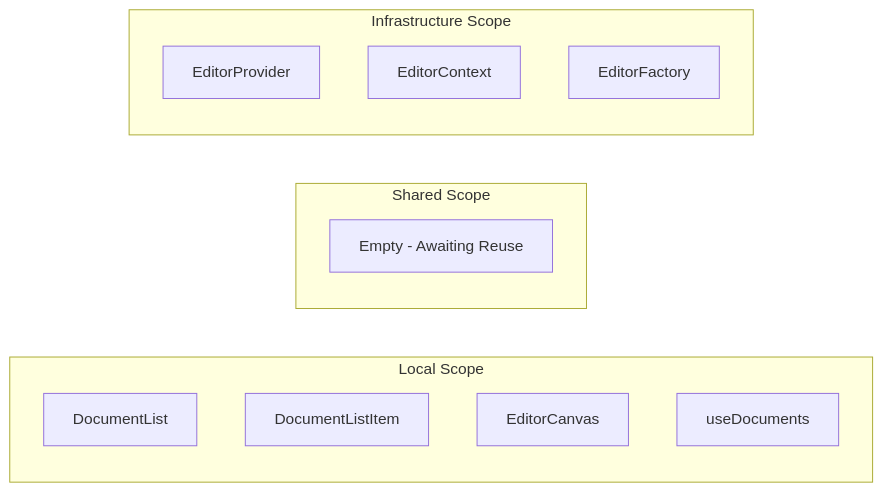
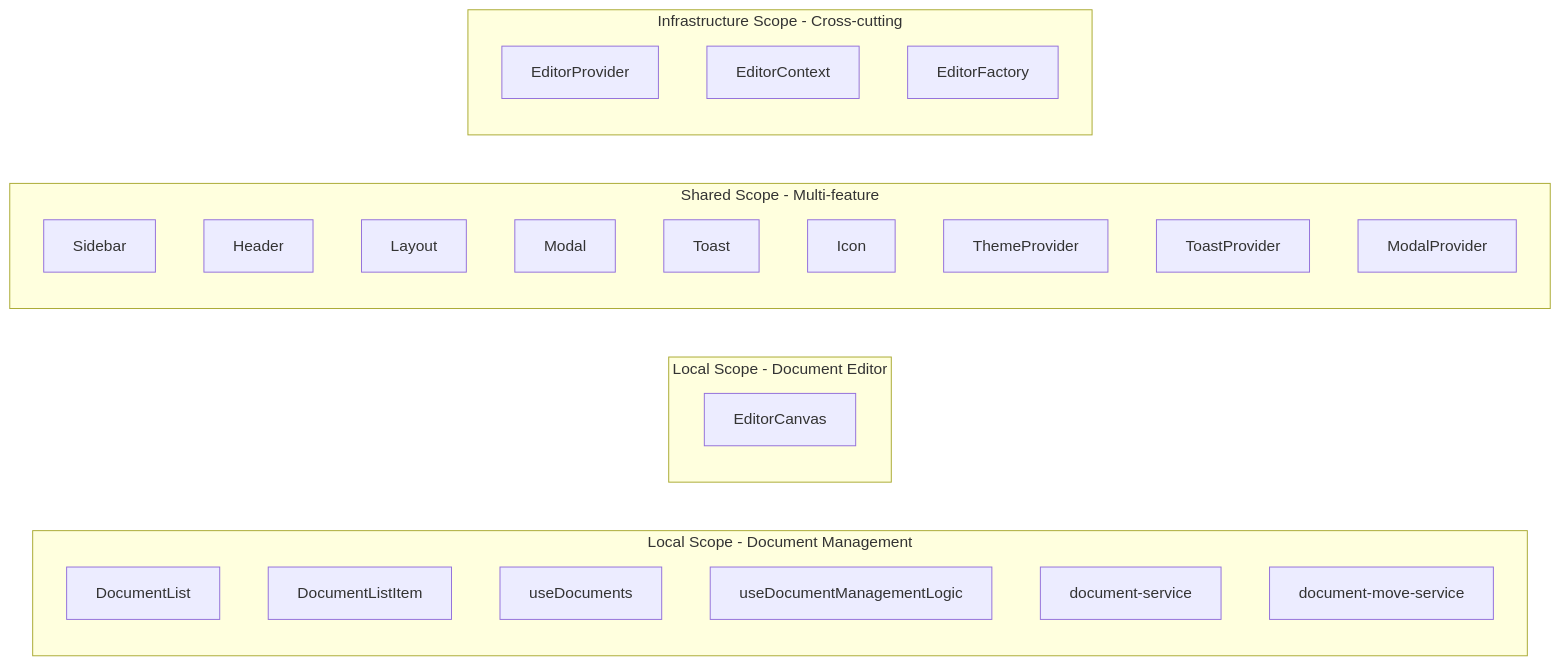
One commit to eliseo-arevalo/blocksuite-react changed the eighth of 9 diagrams in STRUCTURE.md. Above: the diagram before and after it, drawn with Mermaid. The commit also changed other lines of this file and 3 other files, not shown here.

````diff
--- a/STRUCTURE.md
+++ b/STRUCTURE.md
@@ -181,19 +316,33 @@
 ```mermaid
 graph LR
-    subgraph Local Scope
+    subgraph Local Scope - Document Management
         A[DocumentList]
         B[DocumentListItem]
-        C[EditorCanvas]
-        D[useDocuments]
+        C[useDocuments]
+        D[useDocumentManagementLogic]
+        E[document-service]
+        F[document-move-service]
     end
     
-    subgraph Shared Scope
-        E[Empty - Awaiting Reuse]
+    subgraph Local Scope - Document Editor
+        G[EditorCanvas]
     end
     
-    subgraph Infrastructure Scope
-        F[EditorProvider]
-        G[EditorContext]
-        H[EditorFactory]
+    subgraph Shared Scope - Multi-feature
+        H[Sidebar]
+        I[Header]
+        J[Layout]
+        K[Modal]
+        L[Toast]
+        M[Icon]
+        N[ThemeProvider]
+        O[ToastProvider]
+        P[ModalProvider]
+    end
+    
+    subgraph Infrastructure Scope - Cross-cutting
+        Q[EditorProvider]
+        R[EditorContext]
+        S[EditorFactory]
     end
 ```
````
